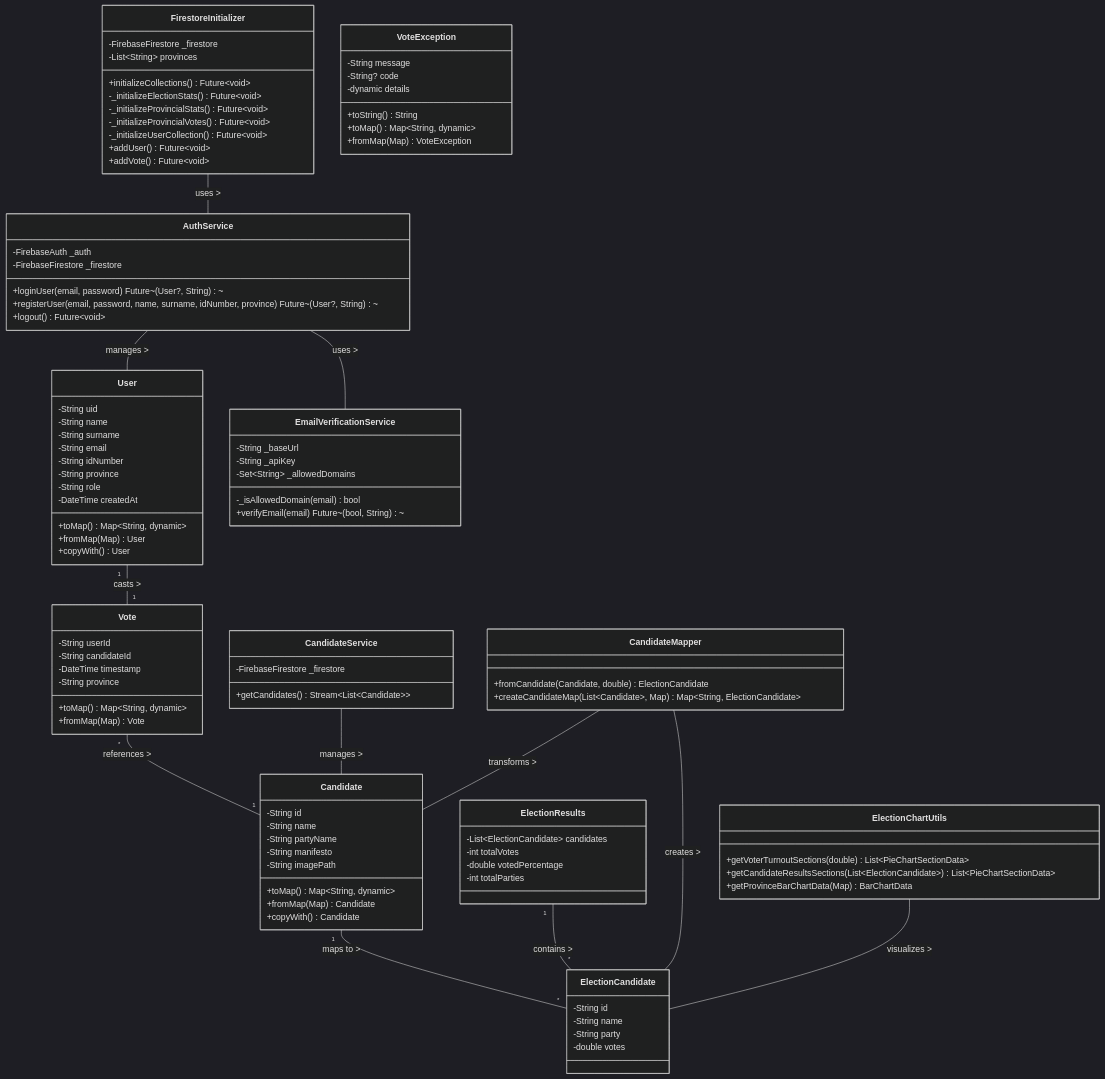
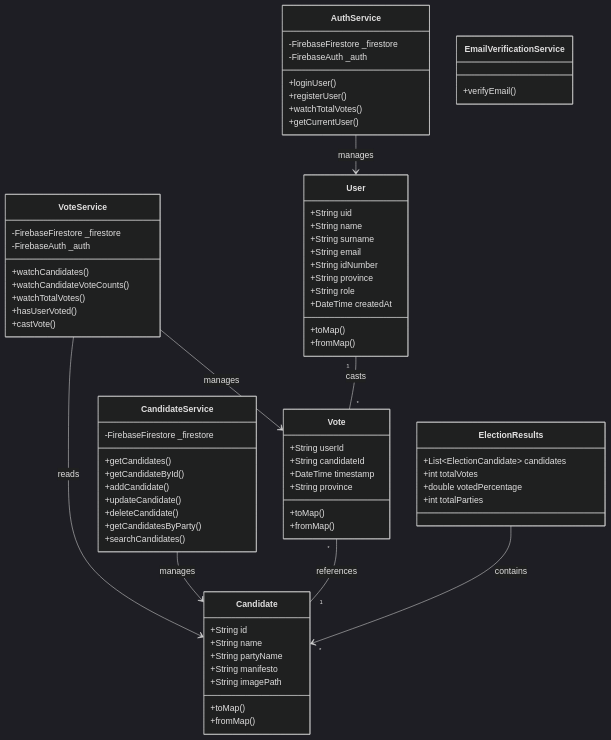
The second of 2 diagrams in README.md (mulalorasivhaga/election_platform), drawn with Mermaid (dark theme) before and after one commit. The commit also changed other lines of this file and 4 other files, not shown here.

````diff
--- a/README.md
+++ b/README.md
@@ -240,117 +240,83 @@
 ```mermaid
 classDiagram
     class User {
-        -String uid
-        -String name
-        -String surname
-        -String email
-        -String idNumber
-        -String province
-        -String role
-        -DateTime createdAt
-        +toMap() Map~String, dynamic~
-        +fromMap(Map) User
-        +copyWith() User
+        +String uid
+        +String name
+        +String surname
+        +String email
+        +String idNumber
+        +String province
+        +String role
+        +DateTime createdAt
+        +toMap()
+        +fromMap()
     }
 
     class Vote {
-        -String userId
-        -String candidateId
-        -DateTime timestamp
-        -String province
-        +toMap() Map~String, dynamic~
-        +fromMap(Map) Vote
+        +String userId
+        +String candidateId
+        +DateTime timestamp
+        +String province
+        +toMap()
+        +fromMap()
     }
 
     class Candidate {
-        -String id
-        -String name
-        -String partyName
-        -String manifesto
-        -String imagePath
-        +toMap() Map~String, dynamic~
-        +fromMap(Map) Candidate
-        +copyWith() Candidate
+        +String id
+        +String name
+        +String partyName
+        +String manifesto
+        +String imagePath
+        +toMap()
+        +fromMap()
     }
 
     class ElectionResults {
-        -List~ElectionCandidate~ candidates
-        -int totalVotes
-        -double votedPercentage
-        -int totalParties
+        +List~ElectionCandidate~ candidates
+        +int totalVotes
+        +double votedPercentage
+        +int totalParties
     }
 
-    class ElectionCandidate {
-        -String id
-        -String name
-        -String party
-        -double votes
-    }
-
-    class FirestoreInitializer {
+    class VoteService {
         -FirebaseFirestore _firestore
-        -List~String~ provinces
-        +initializeCollections() Future~void~
-        -_initializeElectionStats() Future~void~
-        -_initializeProvincialStats() Future~void~
-        -_initializeProvincialVotes() Future~void~
-        -_initializeUserCollection() Future~void~
-        +addUser() Future~void~
-        +addVote() Future~void~
+        -FirebaseAuth _auth
+        +watchCandidates()
+        +watchCandidateVoteCounts()
+        +watchTotalVotes()
+        +hasUserVoted()
+        +castVote()
     }
 
     class AuthService {
+        -FirebaseFirestore _firestore
         -FirebaseAuth _auth
-        -FirebaseFirestore _firestore
-        +loginUser(email, password) Future~(User?, String)~
-        +registerUser(email, password, name, surname, idNumber, province) Future~(User?, String)~
-        +logout() Future~void~
-    }
-
-    class EmailVerificationService {
-        -String _baseUrl
-        -String _apiKey
-        -Set~String~ _allowedDomains
-        -_isAllowedDomain(email) bool
-        +verifyEmail(email) Future~(bool, String)~
-    }
-
-    class VoteException {
-        -String message
-        -String? code
-        -dynamic details
-        +toString() String
-        +toMap() Map~String, dynamic~
-        +fromMap(Map) VoteException
+        +loginUser()
+        +registerUser()
+        +watchTotalVotes()
+        +getCurrentUser()
     }
 
     class CandidateService {
         -FirebaseFirestore _firestore
-        +getCandidates() Stream~List~Candidate~~
+        +getCandidates()
+        +getCandidateById()
+        +addCandidate()
+        +updateCandidate()
+        +deleteCandidate()
+        +getCandidatesByParty()
+        +searchCandidates()
     }
 
-    class CandidateMapper {
-        +fromCandidate(Candidate, double) ElectionCandidate
-        +createCandidateMap(List~Candidate~, Map) Map~String, ElectionCandidate~
+    class EmailVerificationService {
+        +verifyEmail()
     }
 
-    class ElectionChartUtils {
-        +getVoterTurnoutSections(double) List~PieChartSectionData~
-        +getCandidateResultsSections(List~ElectionCandidate~) List~PieChartSectionData~
-        +getProvinceBarChartData(Map) BarChartData
-    }
-
-    User "1" -- "1" Vote : casts >
-    Vote "*" -- "1" Candidate : references >
-    Candidate "1" -- "*" ElectionCandidate : maps to >
-    ElectionResults "1" -- "*" ElectionCandidate : contains >
-    FirestoreInitializer -- AuthService : uses >
-    AuthService -- User : manages >
-    AuthService -- EmailVerificationService : uses >
-    CandidateService -- Candidate : manages >
-    CandidateMapper -- Candidate : transforms >
-    CandidateMapper -- ElectionCandidate : creates >
-    ElectionChartUtils -- ElectionCandidate : visualizes >
-
-
+    VoteService --> Vote : manages
+    VoteService --> Candidate : reads
+    AuthService --> User : manages
+    CandidateService --> Candidate : manages
+    User "1" -- "*" Vote : casts
+    Vote "*" -- "1" Candidate : references
+    ElectionResults --> "*" Candidate : contains
 ```
````
